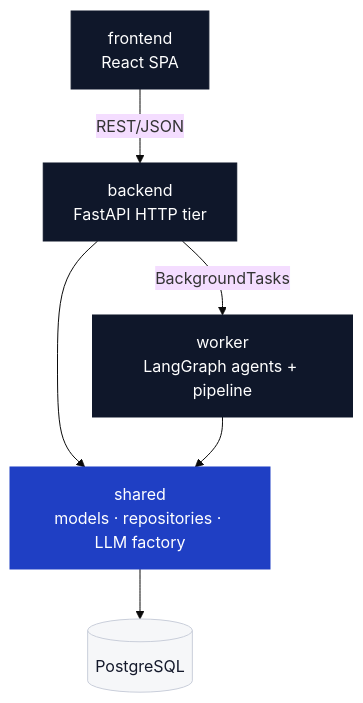
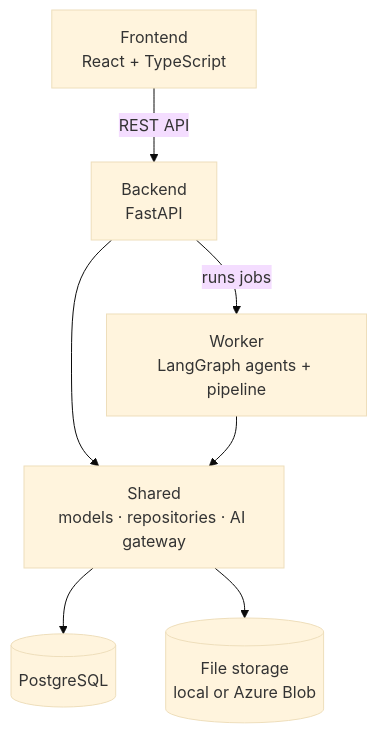
The third of 7 diagrams in README.md (yassinSedki/phd_copilot), drawn with Mermaid (base theme) before and after one commit. The commit also changed other lines of this file, not shown here.

````diff
--- a/README.md
+++ b/README.md
@@ -46,20 +99,9 @@
 ```mermaid
-graph TB
-    FE["frontend<br/>React SPA"]
-    BE["backend<br/>FastAPI HTTP tier"]
-    WK["worker<br/>LangGraph agents + pipeline"]
-    SH["shared<br/>models · repositories · LLM factory"]
-    DB[("PostgreSQL")]
-
-    FE -- "REST/JSON" --> BE
-    BE -- "BackgroundTasks" --> WK
-    BE --> SH
+flowchart TB
+    FE["Frontend<br/>React + TypeScript"] -->|REST API| BE["Backend<br/>FastAPI"]
+    BE -->|runs jobs| WK["Worker<br/>LangGraph agents + pipeline"]
+    BE --> SH["Shared<br/>models · repositories · AI gateway"]
     WK --> SH
-    SH --> DB
-
-    style SH fill:#1f3fc4,color:#fff,stroke:#1f3fc4
-    style FE fill:#0f172a,color:#fff,stroke:#0f172a
-    style BE fill:#0f172a,color:#fff,stroke:#0f172a
-    style WK fill:#0f172a,color:#fff,stroke:#0f172a
-    style DB fill:#f6f7f9,color:#14192b,stroke:#c9ceda
+    SH --> DB[("PostgreSQL")]
+    SH --> ST[("File storage<br/>local or Azure Blob")]
 ```
````
